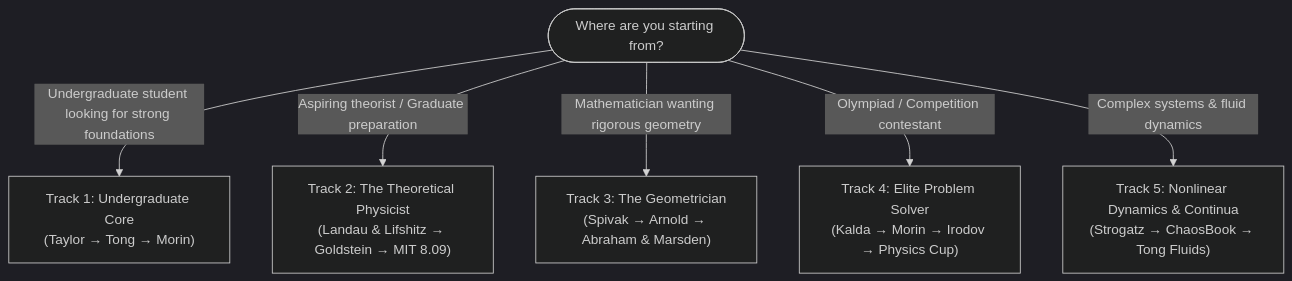
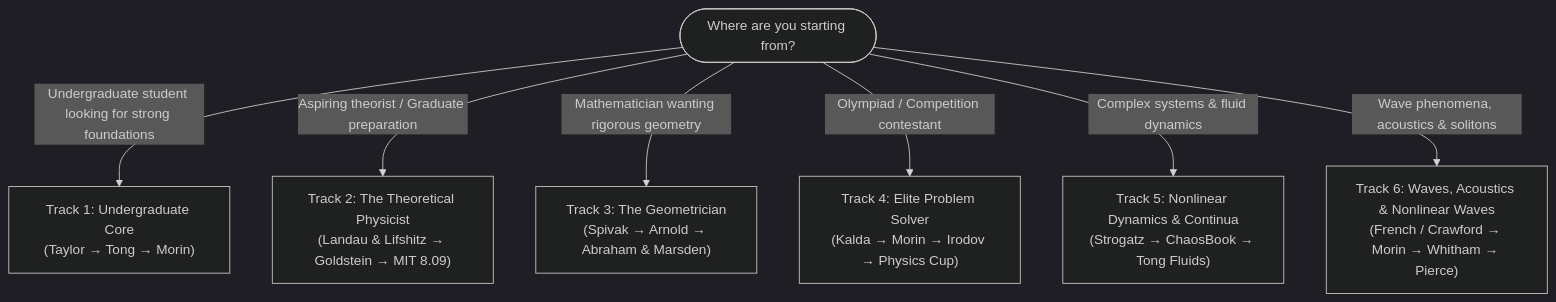
One commit to nerdorwhatX/becoming-gawd-classical-mechanics changed the diagram in README.md. Above: the diagram before and after it, drawn with Mermaid (dark theme). The commit also changed other lines of this file and 28 other files, not shown here.

Commit message:
Add curated Waves and Acoustics master library (25 texts), study track, catalog, and 4-tier problem progression

````diff
--- a/README.md
+++ b/README.md
@@ -41,10 +42,11 @@
 ```mermaid
 flowchart TD
     Start(["Where are you starting from?"])
     
     Start -->|"Undergraduate student looking for strong foundations"| Track1["Track 1: Undergraduate Core<br/>(Taylor → Tong → Morin)"]
     Start -->|"Aspiring theorist / Graduate preparation"| Track2["Track 2: The Theoretical Physicist<br/>(Landau & Lifshitz → Goldstein → MIT 8.09)"]
     Start -->|"Mathematician wanting rigorous geometry"| Track3["Track 3: The Geometrician<br/>(Spivak → Arnold → Abraham & Marsden)"]
     Start -->|"Olympiad / Competition contestant"| Track4["Track 4: Elite Problem Solver<br/>(Kalda → Morin → Irodov → Physics Cup)"]
     Start -->|"Complex systems & fluid dynamics"| Track5["Track 5: Nonlinear Dynamics & Continua<br/>(Strogatz → ChaosBook → Tong Fluids)"]
+    Start -->|"Wave phenomena, acoustics & solitons"| Track6["Track 6: Waves, Acoustics & Nonlinear Waves<br/>(French / Crawford → Morin → Whitham → Pierce)"]
 ```
````
